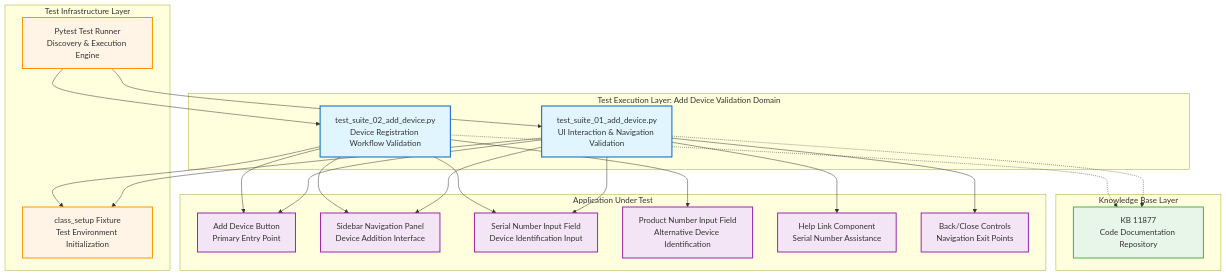
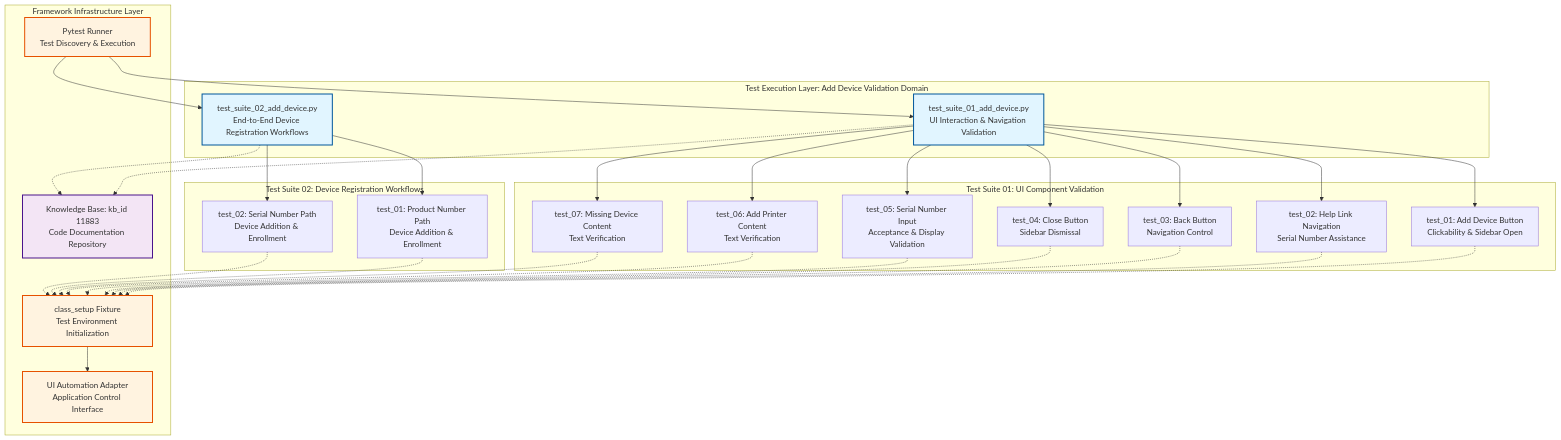
Before and after one commit to karthikeyansubhash/mobileappsrepo: the diagram in Index_by_API/Docs/codebase_master_architecture_part_1.md, drawn with Mermaid. The commit also changed other lines of this file, not shown here.

Commit message:
Master Codebase Architecture Report Part 1

````diff
--- a/Index_by_API/Docs/codebase_master_architecture_part_1.md
+++ b/Index_by_API/Docs/codebase_master_architecture_part_1.md
@@ -36,56 +36,65 @@
 ```mermaid
 graph TB
     subgraph "Test Execution Layer: Add Device Validation Domain"
         A[test_suite_01_add_device.py<br/>UI Interaction & Navigation Validation]
-        B[test_suite_02_add_device.py<br/>Device Registration Workflow Validation]
+        B[test_suite_02_add_device.py<br/>End-to-End Device Registration Workflows]
     end
     
-    subgraph "Test Infrastructure Layer"
-        C[class_setup Fixture<br/>Test Environment Initialization]
-        D[Pytest Test Runner<br/>Discovery & Execution Engine]
+    subgraph "Test Suite 01: UI Component Validation"
+        A1[test_01: Add Device Button<br/>Clickability & Sidebar Open]
+        A2[test_02: Help Link Navigation<br/>Serial Number Assistance]
+        A3[test_03: Back Button<br/>Navigation Control]
+        A4[test_04: Close Button<br/>Sidebar Dismissal]
+        A5[test_05: Serial Number Input<br/>Acceptance & Display Validation]
+        A6[test_06: Add Printer Content<br/>Text Verification]
+        A7[test_07: Missing Device Content<br/>Text Verification]
     end
     
-    subgraph "Application Under Test"
-        E[Add Device Button<br/>Primary Entry Point]
-        F[Sidebar Navigation Panel<br/>Device Addition Interface]
-        G[Serial Number Input Field<br/>Device Identification Input]
-        H[Product Number Input Field<br/>Alternative Device Identification]
-        I[Help Link Component<br/>Serial Number Assistance]
-        J[Back/Close Controls<br/>Navigation Exit Points]
+    subgraph "Test Suite 02: Device Registration Workflows"
+        B1[test_01: Product Number Path<br/>Device Addition & Enrollment]
+        B2[test_02: Serial Number Path<br/>Device Addition & Enrollment]
     end
     
-    subgraph "Knowledge Base Layer"
-        K[KB 11877<br/>Code Documentation Repository]
+    subgraph "Framework Infrastructure Layer"
+        F1[class_setup Fixture<br/>Test Environment Initialization]
+        F2[Pytest Runner<br/>Test Discovery & Execution]
+        F3[Knowledge Base: kb_id 11883<br/>Code Documentation Repository]
+        F4[UI Automation Adapter<br/>Application Control Interface]
     end
     
-    D --> A
-    D --> B
-    A --> C
-    B --> C
+    A --> A1
+    A --> A2
+    A --> A3
+    A --> A4
+    A --> A5
+    A --> A6
+    A --> A7
     
-    A --> E
-    A --> F
-    A --> G
-    A --> I
-    A --> J
+    B --> B1
+    B --> B2
     
-    B --> E
-    B --> F
-    B --> G
-    B --> H
+    A1 -.-> F1
+    A2 -.-> F1
+    A3 -.-> F1
+    A4 -.-> F1
+    A5 -.-> F1
+    A6 -.-> F1
+    A7 -.-> F1
     
-    A -.-> K
-    B -.-> K
+    B1 -.-> F1
+    B2 -.-> F1
     
-    style A fill:#e1f5ff,stroke:#0066cc,stroke-width:2px
-    style B fill:#e1f5ff,stroke:#0066cc,stroke-width:2px
-    style C fill:#fff4e6,stroke:#ff9800,stroke-width:2px
-    style D fill:#fff4e6,stroke:#ff9800,stroke-width:2px
-    style E fill:#f3e5f5,stroke:#9c27b0,stroke-width:2px
-    style F fill:#f3e5f5,stroke:#9c27b0,stroke-width:2px
-    style G fill:#f3e5f5,stroke:#9c27b0,stroke-width:2px
-    style H fill:#f3e5f5,stroke:#9c27b0,stroke-width:2px
-    style I fill:#f3e5f5,stroke:#9c27b0,stroke-width:2px
-    style J fill:#f3e5f5,stroke:#9c27b0,stroke-width:2px
-    style K fill:#e8f5e9,stroke:#4caf50,stroke-width:2px
+    F1 --> F4
+    F2 --> A
+    F2 --> B
+    
+    A -.-> F3
+    B -.-> F3
+    
+    style A fill:#e1f5ff,stroke:#01579b,stroke-width:2px
+    style B fill:#e1f5ff,stroke:#01579b,stroke-width:2px
+    style F1 fill:#fff3e0,stroke:#e65100,stroke-width:2px
+    style F2 fill:#fff3e0,stroke:#e65100,stroke-width:2px
+    style F3 fill:#f3e5f5,stroke:#4a148c,stroke-width:2px
+    style F4 fill:#fff3e0,stroke:#e65100,stroke-width:2px
 ```
````
